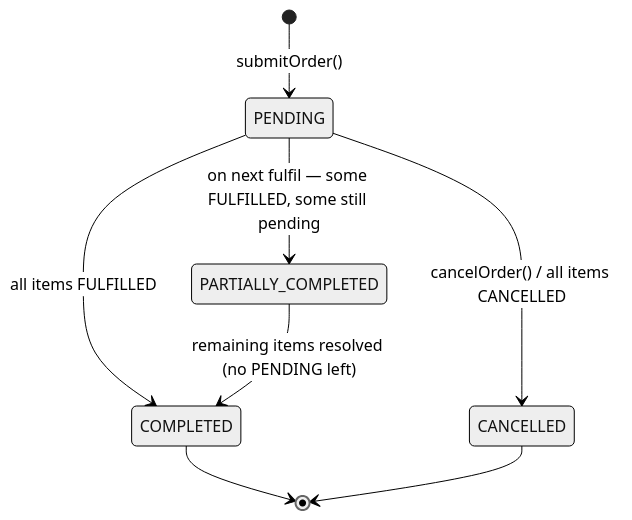
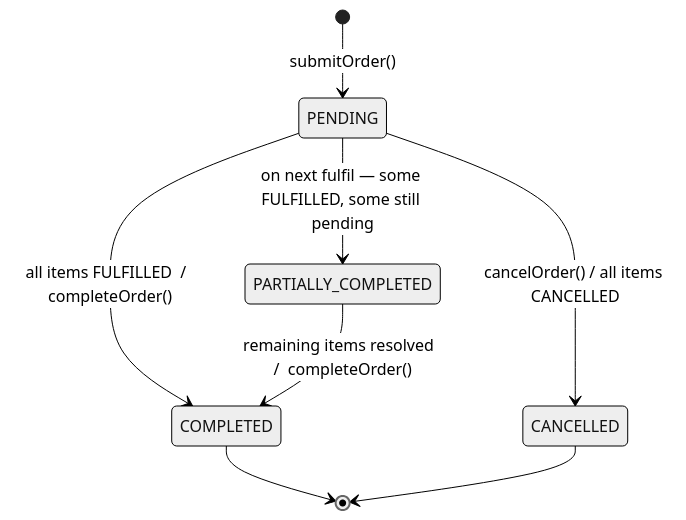
One commit to omikking/iot-device changed diagram 18 of 21 in docs/techinal-design-document.md. Above: the diagram before and after it, drawn with Mermaid (neutral theme). The commit also changed other lines of this file and 12 other files, not shown here.

````diff
--- a/docs/techinal-design-document.md
+++ b/docs/techinal-design-document.md
@@ -1369,10 +1431,10 @@
 ```mermaid
 stateDiagram-v2
     [*] --> PENDING : submitOrder()
     PENDING --> PARTIALLY_COMPLETED : on next fulfil — some FULFILLED, some still pending
-    PENDING --> COMPLETED : all items FULFILLED
+    PENDING --> COMPLETED : all items FULFILLED  /  completeOrder()
     PENDING --> CANCELLED : cancelOrder() / all items CANCELLED
-    PARTIALLY_COMPLETED --> COMPLETED : remaining items resolved (no PENDING left)
+    PARTIALLY_COMPLETED --> COMPLETED : remaining items resolved  /  completeOrder()
     COMPLETED --> [*]
     CANCELLED --> [*]
 ```
````
